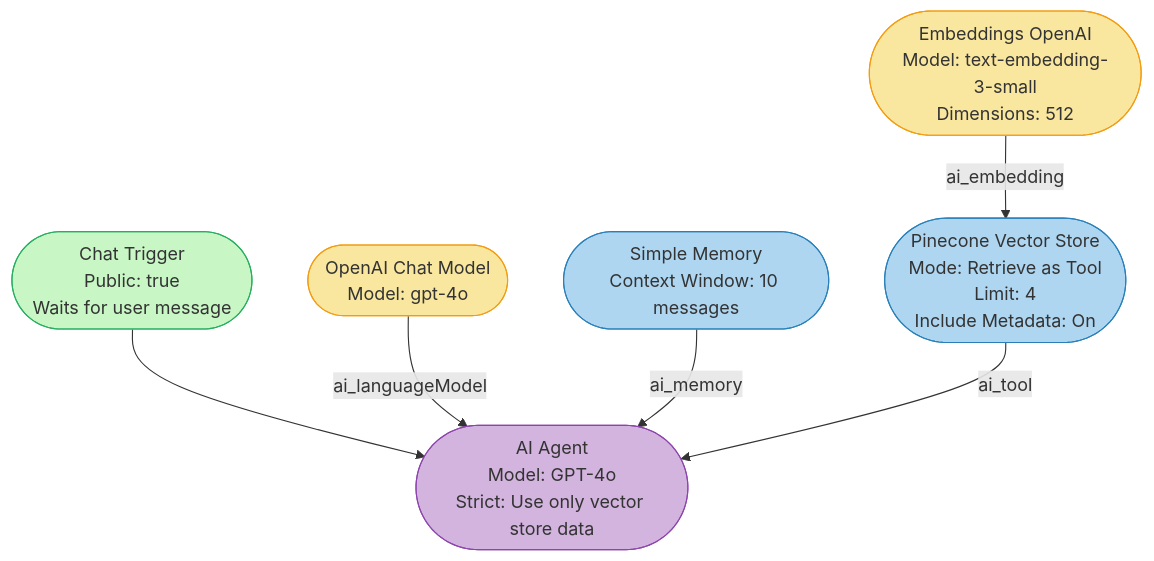
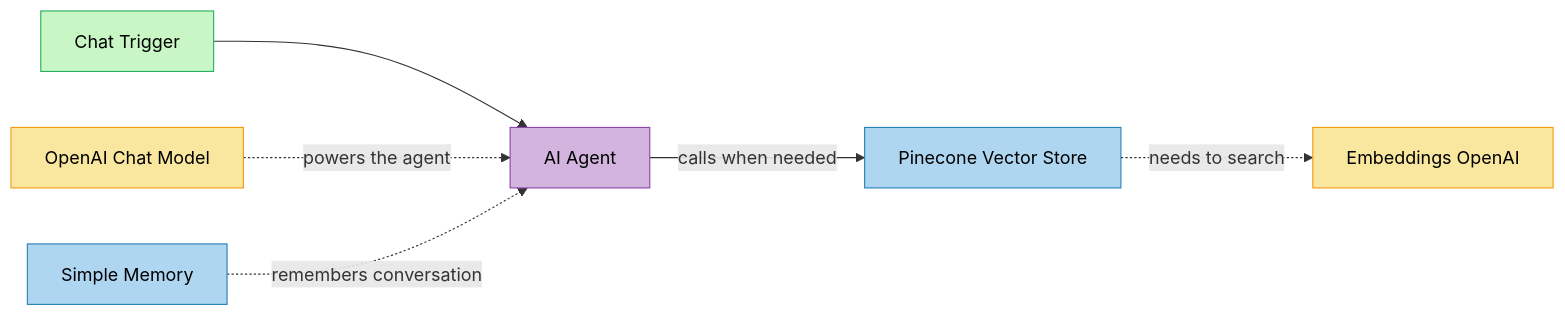
One commit to ashumishra2104/n8n_theory_and_projects changed the second of 2 diagrams in Project/RAG_Agent/README.md. Above: the diagram before and after it, drawn with Mermaid. The commit also changed other lines of this file, not shown here.

Commit message:
Rebuild Mermaid diagrams - clean, beginner-friendly with legends

````diff
--- a/Project/RAG_Agent/README.md
+++ b/Project/RAG_Agent/README.md
@@ -81,16 +70,15 @@
 ```mermaid
-flowchart TD
-    A([Chat Trigger\nPublic: true\nWaits for user message]) --> B
-    B([AI Agent\nModel: GPT-4o\nStrict: Use only vector store data])
-    C([OpenAI Chat Model\nModel: gpt-4o]) -->|ai_languageModel| B
-    D([Simple Memory\nContext Window: 10 messages]) -->|ai_memory| B
-    E([Pinecone Vector Store\nMode: Retrieve as Tool\nLimit: 4\nInclude Metadata: On]) -->|ai_tool| B
-    F([Embeddings OpenAI\nModel: text-embedding-3-small\nDimensions: 512]) -->|ai_embedding| E
+flowchart LR
+    A[Chat Trigger] --> B[AI Agent]
+    B -->|calls when needed| C[Pinecone Vector Store]
+    C -.->|needs to search| D[Embeddings OpenAI]
+    E[OpenAI Chat Model] -.->|powers the agent| B
+    F[Simple Memory] -.->|remembers conversation| B
 
-    style A fill:#c8f7c5,stroke:#27ae60
-    style B fill:#d2b4de,stroke:#8e44ad
-    style C fill:#f9e79f,stroke:#f39c12
-    style D fill:#aed6f1,stroke:#2980b9
-    style E fill:#aed6f1,stroke:#2980b9
-    style F fill:#f9e79f,stroke:#f39c12
+    style A fill:#c8f7c5,stroke:#27ae60,color:#000
+    style B fill:#d2b4de,stroke:#8e44ad,color:#000
+    style C fill:#aed6f1,stroke:#2980b9,color:#000
+    style D fill:#f9e79f,stroke:#f39c12,color:#000
+    style E fill:#f9e79f,stroke:#f39c12,color:#000
+    style F fill:#aed6f1,stroke:#2980b9,color:#000
 ```
````
